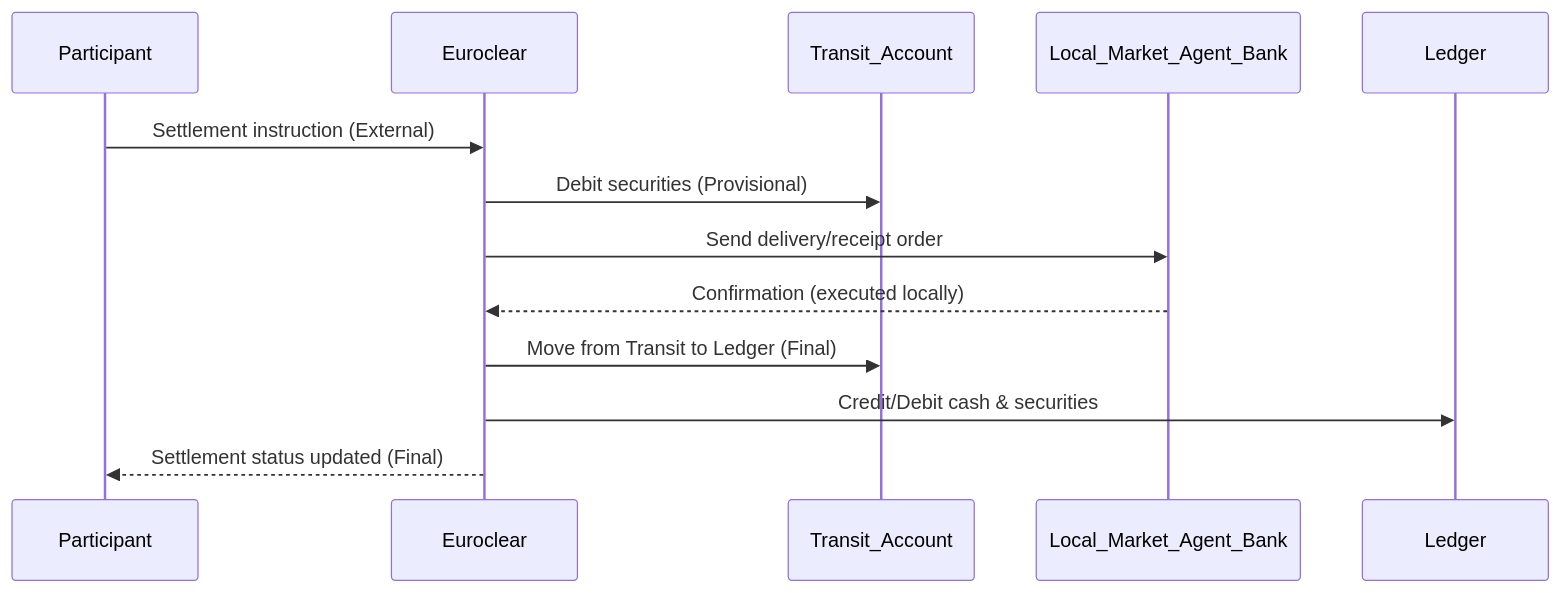
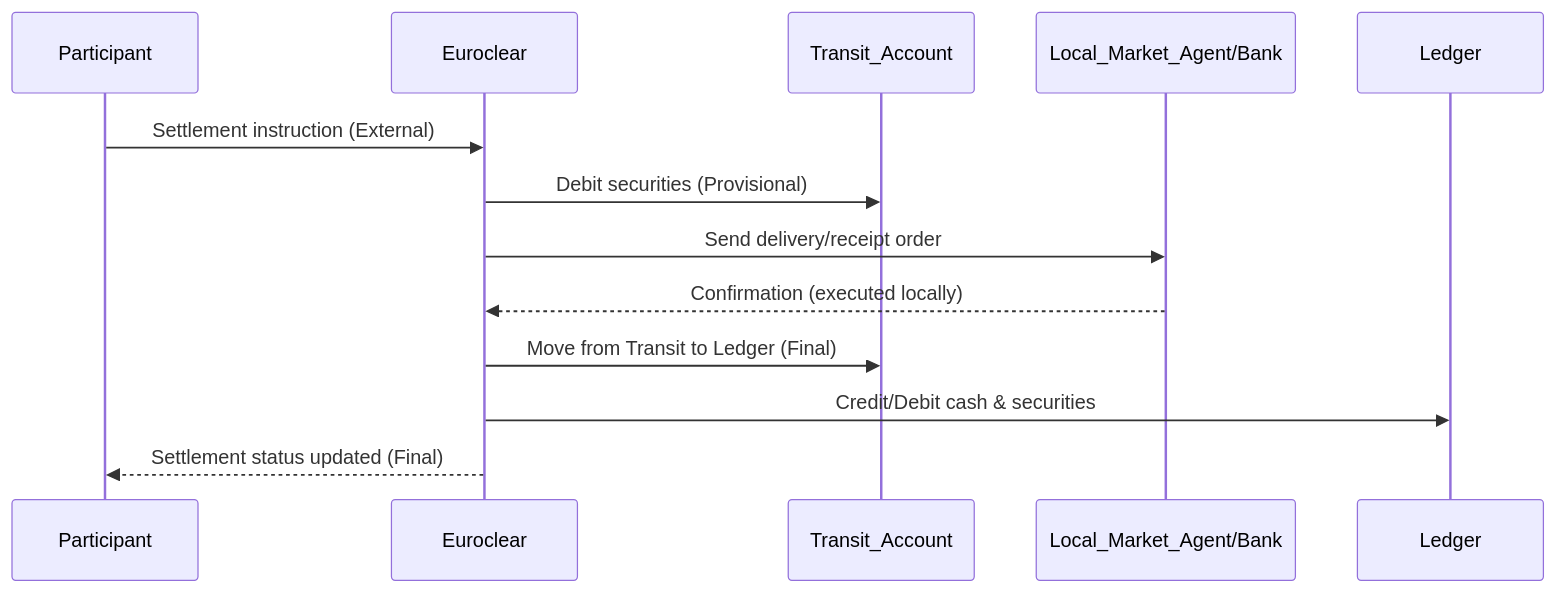
Before and after one commit to RatdeFeu/mini-fmi-design: the diagram in docs/references/euroclear_sequence_external.md, drawn with Mermaid. The commit also changed other lines of this file, not shown here.

Commit message:
Update sequence diagram formatting in documentation

````diff
--- a/docs/references/euroclear_sequence_external.md
+++ b/docs/references/euroclear_sequence_external.md
@@ -1,16 +1,16 @@
 ```mermaid
 sequenceDiagram
     participant participantA as Participant
     participant Euroclear
     participant Transit as Transit_Account
-    participant Market as Local_Market_Agent_Bank
+    participant Market as Local_Market_Agent/Bank
     participant Ledger
 
     participantA->>Euroclear: Settlement instruction (External)
     Euroclear->>Transit: Debit securities (Provisional)
     Euroclear->>Market: Send delivery/receipt order
     Market-->>Euroclear: Confirmation (executed locally)
     Euroclear->>Transit: Move from Transit to Ledger (Final)
     Euroclear->>Ledger: Credit/Debit cash & securities
     Euroclear-->>participantA: Settlement status updated (Final)
 ```
````
